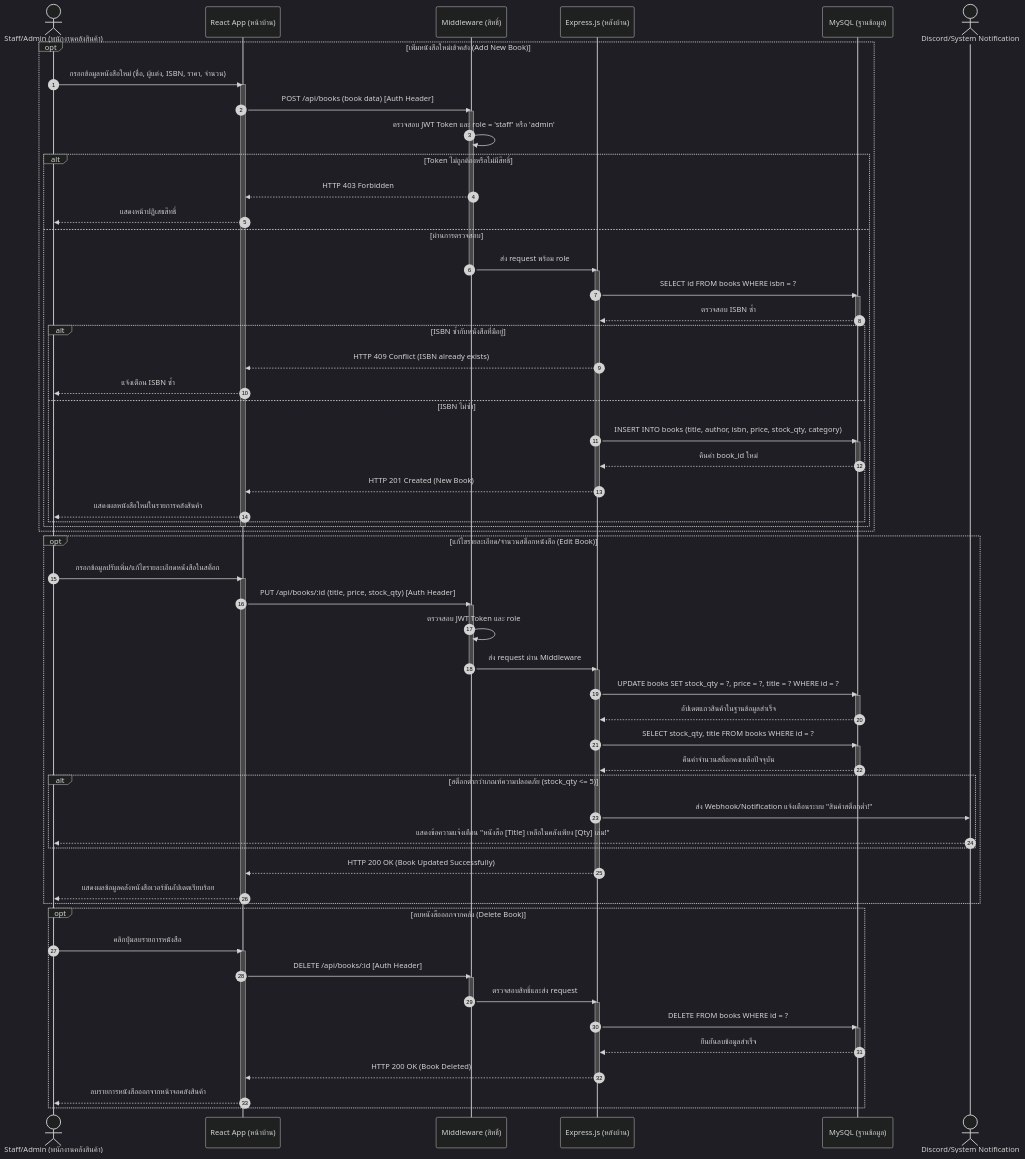
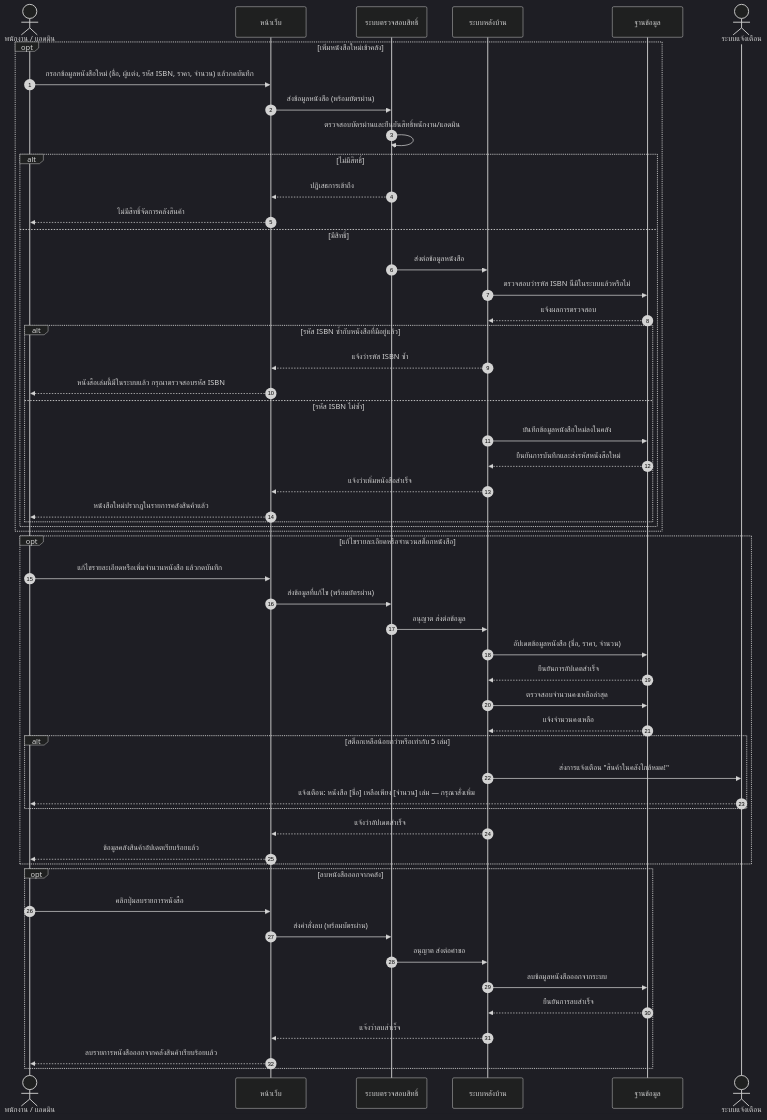
The tenth of 11 diagrams in diagram/workshop4.md (SupvichSpuGM/online-bookstore), drawn with Mermaid (dark theme) before and after one commit. The commit also changed other lines of this file and 1 other file, not shown here.

````diff
--- a/diagram/workshop4.md
+++ b/diagram/workshop4.md
@@ -648,88 +590,59 @@
 ```mermaid
 sequenceDiagram
-            autonumber
-            actor Staff as Staff/Admin (พนักงานคลังสินค้า)
-            participant Client as React App (หน้าบ้าน)
-            participant AuthMW as Middleware (สิทธิ์)
-            participant API as Express.js (หลังบ้าน)
-            participant DB as MySQL (ฐานข้อมูล)
-            actor Discord as Discord/System Notification
+    autonumber
+    actor Staff as พนักงาน / แอดมิน
+    participant Web as หน้าเว็บ
+    participant Guard as ระบบตรวจสอบสิทธิ์
+    participant App as ระบบหลังบ้าน
+    participant DB as ฐานข้อมูล
+    actor Notify as ระบบแจ้งเตือน
 
-            opt เพิ่มหนังสือใหม่เข้าคลัง (Add New Book)
-                Staff->>Client: กรอกข้อมูลหนังสือใหม่ (ชื่อ, ผู้แต่ง, ISBN, ราคา, จำนวน)
-                activate Client
-                Client->>AuthMW: POST /api/books (book data) [Auth Header]
-                activate AuthMW
-                AuthMW->>AuthMW: ตรวจสอบ JWT Token และ role = 'staff' หรือ 'admin'
-                alt Token ไม่ถูกต้องหรือไม่มีสิทธิ์
-                    AuthMW-->>Client: HTTP 403 Forbidden
-                    Client-->>Staff: แสดงหน้าปฏิเสธสิทธิ์
-                else ผ่านการตรวจสอบ
-                    AuthMW->>API: ส่ง request พร้อม role
-                    deactivate AuthMW
-                    activate API
-                    API->>DB: SELECT id FROM books WHERE isbn = ?
-                    activate DB
-                    DB-->>API: ตรวจสอบ ISBN ซ้ำ
-                    deactivate DB
-                    alt ISBN ซ้ำกับหนังสือที่มีอยู่
-                        API-->>Client: HTTP 409 Conflict (ISBN already exists)
-                        Client-->>Staff: แจ้งเตือน ISBN ซ้ำ
-                    else ISBN ไม่ซ้ำ
-                        API->>DB: INSERT INTO books (title, author, isbn, price, stock_qty, category)
-                        activate DB
-                        DB-->>API: คืนค่า book_id ใหม่
-                        deactivate DB
-                        API-->>Client: HTTP 201 Created (New Book)
-                        deactivate API
-                        Client-->>Staff: แสดงผลหนังสือใหม่ในรายการคลังสินค้า
-                    end
-                end
-                deactivate Client
+    opt เพิ่มหนังสือใหม่เข้าคลัง
+        Staff->>Web: กรอกข้อมูลหนังสือใหม่ (ชื่อ, ผู้แต่ง, รหัส ISBN, ราคา, จำนวน) แล้วกดบันทึก
+        Web->>Guard: ส่งข้อมูลหนังสือ (พร้อมบัตรผ่าน)
+        Guard->>Guard: ตรวจสอบบัตรผ่านและยืนยันสิทธิ์พนักงาน/แอดมิน
+        alt ไม่มีสิทธิ์
+            Guard-->>Web: ปฏิเสธการเข้าถึง
+            Web-->>Staff: ไม่มีสิทธิ์จัดการคลังสินค้า
+        else มีสิทธิ์
+            Guard->>App: ส่งต่อข้อมูลหนังสือ
+            App->>DB: ตรวจสอบว่ารหัส ISBN นี้มีในระบบแล้วหรือไม่
+            DB-->>App: แจ้งผลการตรวจสอบ
+            alt รหัส ISBN ซ้ำกับหนังสือที่มีอยู่แล้ว
+                App-->>Web: แจ้งว่ารหัส ISBN ซ้ำ
+                Web-->>Staff: หนังสือเล่มนี้มีในระบบแล้ว กรุณาตรวจสอบรหัส ISBN
+            else รหัส ISBN ไม่ซ้ำ
+                App->>DB: บันทึกข้อมูลหนังสือใหม่ลงในคลัง
+                DB-->>App: ยืนยันการบันทึกและส่งรหัสหนังสือใหม่
+                App-->>Web: แจ้งว่าเพิ่มหนังสือสำเร็จ
+                Web-->>Staff: หนังสือใหม่ปรากฏในรายการคลังสินค้าแล้ว
             end
+        end
+    end
 
-            opt แก้ไขรายละเอียด/จำนวนสต็อกหนังสือ (Edit Book)
-                Staff->>Client: กรอกข้อมูลปรับเพิ่ม/แก้ไขรายละเอียดหนังสือในสต็อก
-                activate Client
-                Client->>AuthMW: PUT /api/books/:id (title, price, stock_qty) [Auth Header]
-                activate AuthMW
-                AuthMW->>AuthMW: ตรวจสอบ JWT Token และ role
-                AuthMW->>API: ส่ง request ผ่าน Middleware
-                deactivate AuthMW
-                activate API
-                API->>DB: UPDATE books SET stock_qty = ?, price = ?, title = ? WHERE id = ?
-                activate DB
-                DB-->>API: อัปเดตแถวสินค้าในฐานข้อมูลสำเร็จ
-                deactivate DB
-                API->>DB: SELECT stock_qty, title FROM books WHERE id = ?
-                activate DB
-                DB-->>API: คืนค่าจำนวนสต็อกคงเหลือปัจจุบัน
-                deactivate DB
-                alt สต็อกต่ำกว่าเกณฑ์ความปลอดภัย (stock_qty <= 5)
-                    API->>Discord: ส่ง Webhook/Notification แจ้งเตือนระบบ "สินค้าสต็อกต่ำ!"
-                    Discord-->>Staff: แสดงข้อความแจ้งเตือน "หนังสือ [Title] เหลือในคลังเพียง [Qty] เล่ม!"
-                end
-                API-->>Client: HTTP 200 OK (Book Updated Successfully)
-                deactivate API
-                Client-->>Staff: แสดงผลข้อมูลคลังหนังสือเวอร์ชันอัปเดตเรียบร้อย
-                deactivate Client
-            end
+    opt แก้ไขรายละเอียดหรือจำนวนสต็อกหนังสือ
+        Staff->>Web: แก้ไขรายละเอียดหรือเพิ่มจำนวนหนังสือ แล้วกดบันทึก
+        Web->>Guard: ส่งข้อมูลที่แก้ไข (พร้อมบัตรผ่าน)
+        Guard->>App: อนุญาต ส่งต่อข้อมูล
+        App->>DB: อัปเดตข้อมูลหนังสือ (ชื่อ, ราคา, จำนวน)
+        DB-->>App: ยืนยันการอัปเดตสำเร็จ
+        App->>DB: ตรวจสอบจำนวนคงเหลือล่าสุด
+        DB-->>App: แจ้งจำนวนคงเหลือ
+        alt สต็อกเหลือน้อยกว่าหรือเท่ากับ 5 เล่ม
+            App->>Notify: ส่งการแจ้งเตือน "สินค้าในคลังใกล้หมด!"
+            Notify-->>Staff: แจ้งเตือน: หนังสือ [ชื่อ] เหลือเพียง [จำนวน] เล่ม — กรุณาสั่งเพิ่ม
+        end
+        App-->>Web: แจ้งว่าอัปเดตสำเร็จ
+        Web-->>Staff: ข้อมูลคลังสินค้าอัปเดตเรียบร้อยแล้ว
+    end
 
-            opt ลบหนังสือออกจากคลัง (Delete Book)
-                Staff->>Client: คลิกปุ่มลบรายการหนังสือ
-                activate Client
-                Client->>AuthMW: DELETE /api/books/:id [Auth Header]
-                activate AuthMW
-                AuthMW->>API: ตรวจสอบสิทธิ์และส่ง request
-                deactivate AuthMW
-                activate API
-                API->>DB: DELETE FROM books WHERE id = ?
-                activate DB
-                DB-->>API: ยืนยันลบข้อมูลสำเร็จ
-                deactivate DB
-                API-->>Client: HTTP 200 OK (Book Deleted)
-                deactivate API
-                Client-->>Staff: ลบรายการหนังสือออกจากหน้าจอคลังสินค้า
-                deactivate Client
-            end
+    opt ลบหนังสือออกจากคลัง
+        Staff->>Web: คลิกปุ่มลบรายการหนังสือ
+        Web->>Guard: ส่งคำสั่งลบ (พร้อมบัตรผ่าน)
+        Guard->>App: อนุญาต ส่งต่อคำขอ
+        App->>DB: ลบข้อมูลหนังสือออกจากระบบ
+        DB-->>App: ยืนยันการลบสำเร็จ
+        App-->>Web: แจ้งว่าลบสำเร็จ
+        Web-->>Staff: ลบรายการหนังสือออกจากคลังสินค้าเรียบร้อยแล้ว
+    end
 ```
````
